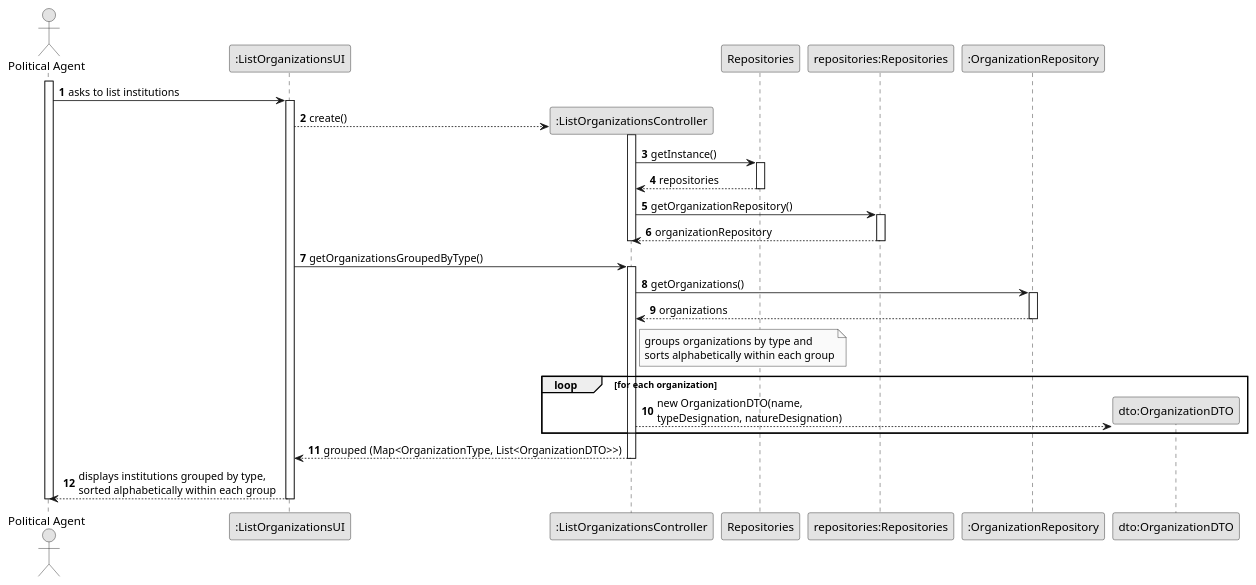
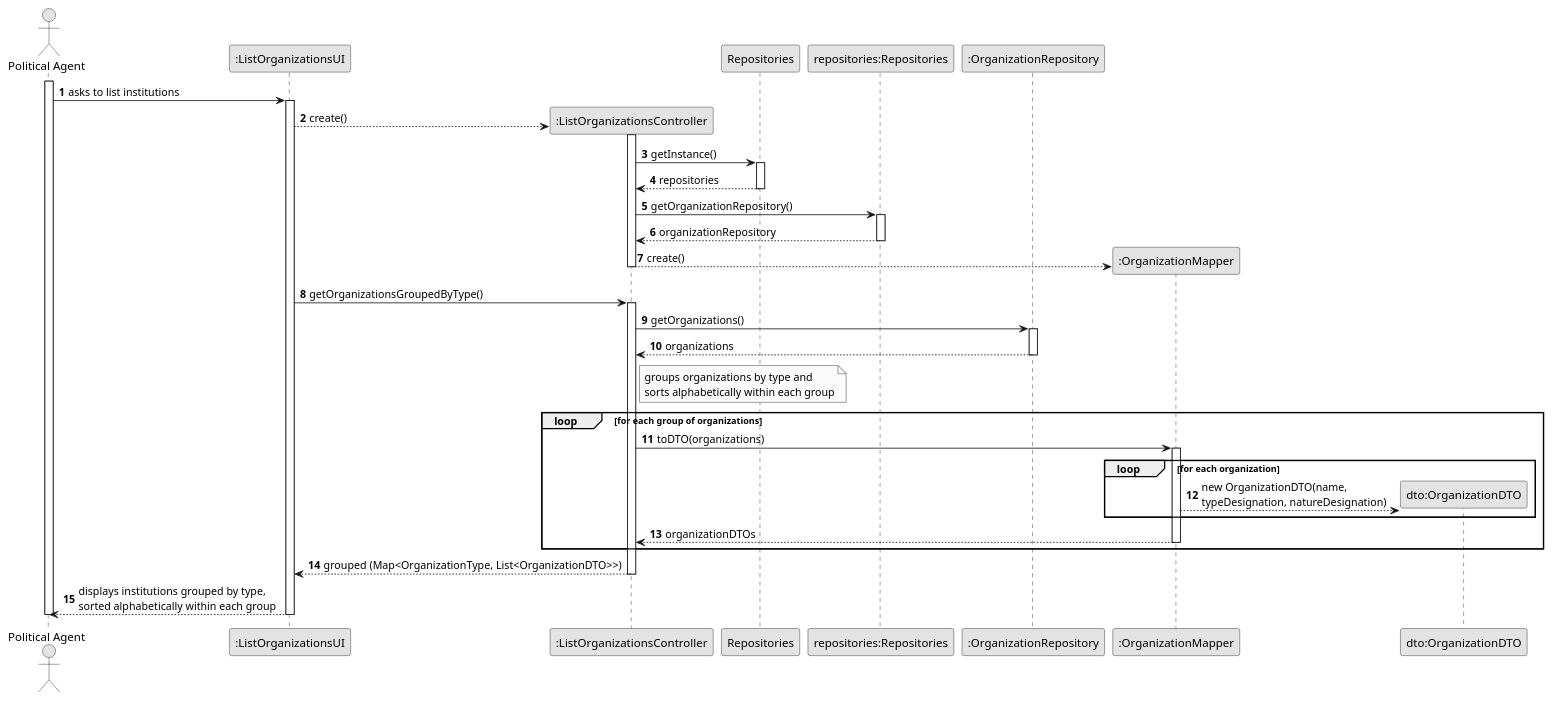
One commit to brunodspinto/crystal-clear-platform changed the diagram in docs/system-documentation/US03/03.design/puml/US03-SD.puml. Above: the diagram before and after it, drawn with PlantUML. The commit also changed 13 other files, not shown here.

Commit message:
Add mappers for US02 and US03 DTOs and update design diagrams

```diff
--- a/docs/system-documentation/US03/03.design/puml/US03-SD.puml
+++ b/docs/system-documentation/US03/03.design/puml/US03-SD.puml
@@ -1,59 +1,68 @@
 @startuml US03-SD
 skinparam monochrome true
 skinparam packageStyle rectangle
 skinparam shadowing false
 
 autonumber
 
 actor "Political Agent" as PA
 participant ":ListOrganizationsUI" as UI
 participant ":ListOrganizationsController" as CTRL
 participant "Repositories" as REPOS
 participant "repositories:Repositories" as REPOS_SINGLETON
 participant ":OrganizationRepository" as REPO
+participant ":OrganizationMapper" as MAPPER
 participant "dto:OrganizationDTO" as DTO
 
 activate PA
 
     PA -> UI : asks to list institutions
     activate UI
 
         UI --> CTRL** : create()
         activate CTRL
             CTRL -> REPOS : getInstance()
             activate REPOS
                 REPOS --> CTRL : repositories
             deactivate REPOS
 
             CTRL -> REPOS_SINGLETON : getOrganizationRepository()
             activate REPOS_SINGLETON
                 REPOS_SINGLETON --> CTRL : organizationRepository
             deactivate REPOS_SINGLETON
+
+            CTRL --> MAPPER** : create()
         deactivate CTRL
 
         UI -> CTRL : getOrganizationsGroupedByType()
         activate CTRL
 
             CTRL -> REPO : getOrganizations()
             activate REPO
                 REPO --> CTRL : organizations
             deactivate REPO
 
             note right of CTRL
                 groups organizations by type and
                 sorts alphabetically within each group
             end note
 
-            loop for each organization
-                CTRL --> DTO** : new OrganizationDTO(name,\ntypeDesignation, natureDesignation)
+            loop for each group of organizations
+                CTRL -> MAPPER : toDTO(organizations)
+                activate MAPPER
+                    loop for each organization
+                        MAPPER --> DTO** : new OrganizationDTO(name,\ntypeDesignation, natureDesignation)
+                    end
+                    MAPPER --> CTRL : organizationDTOs
+                deactivate MAPPER
             end
 
             CTRL --> UI : grouped (Map<OrganizationType, List<OrganizationDTO>>)
         deactivate CTRL
 
         UI --> PA : displays institutions grouped by type,\nsorted alphabetically within each group
     deactivate UI
 
 deactivate PA
 
 @enduml
```
